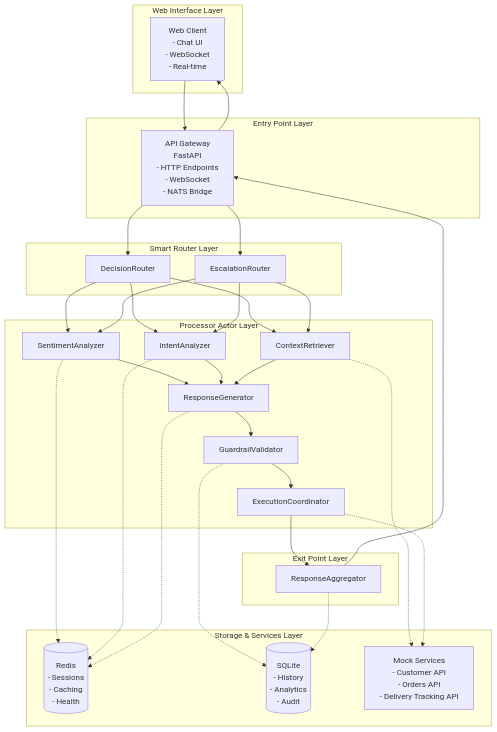
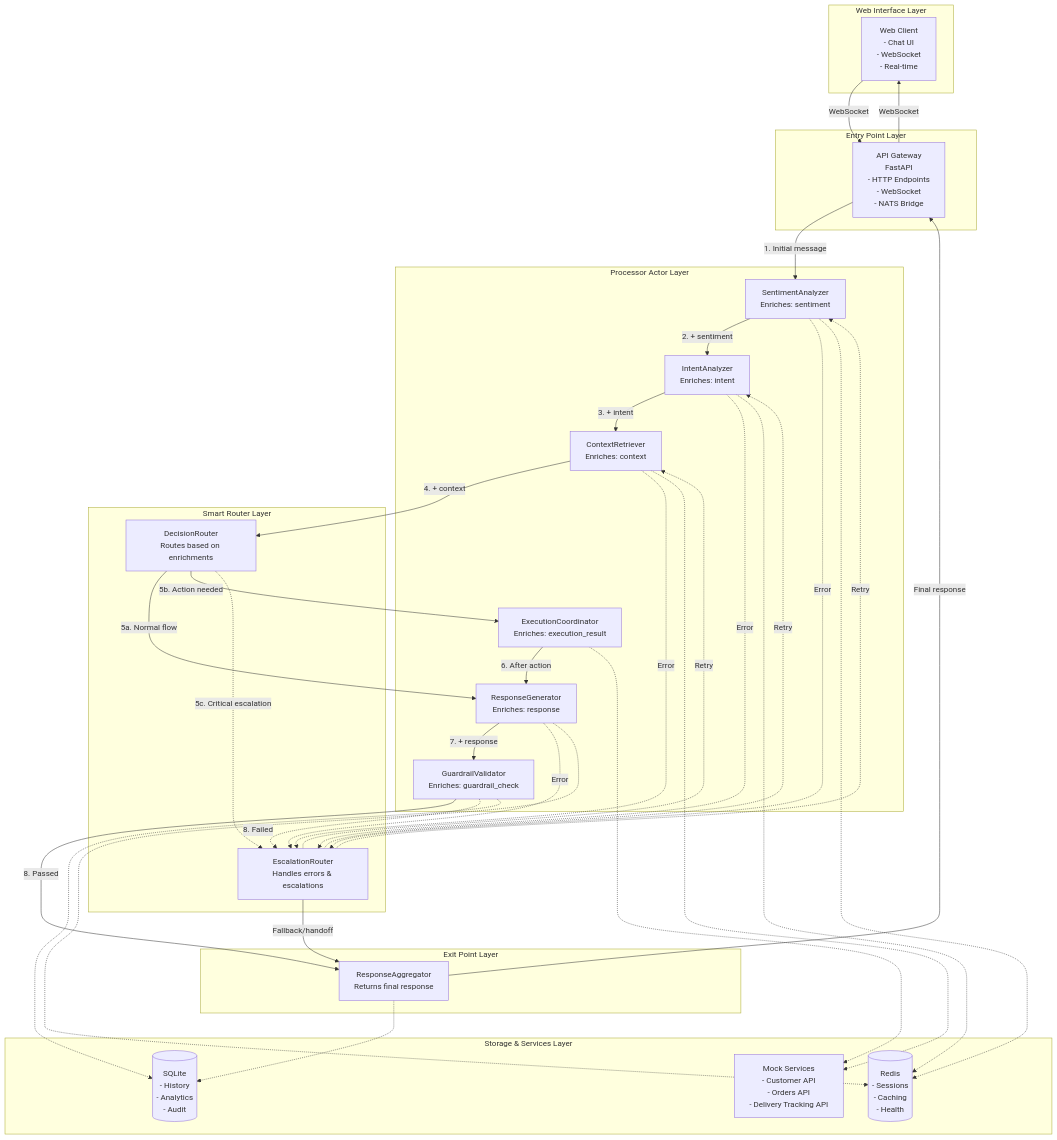
One commit to trustmaster/actor-mesh-demo changed the diagram in README.md. Above: the diagram before and after it, drawn with Mermaid. The commit also changed other lines of this file, not shown here.

Commit message:
Fix the flow in Readme

````diff
--- a/README.md
+++ b/README.md
@@ -21,60 +21,79 @@
 ```mermaid
 graph TB
     subgraph "Web Interface Layer"
         WebClient[Web Client<br/>- Chat UI<br/>- WebSocket<br/>- Real-time]
     end
 
     subgraph "Entry Point Layer"
         ApiGateway[API Gateway<br/>FastAPI<br/>- HTTP Endpoints<br/>- WebSocket<br/>- NATS Bridge]
     end
 
-    subgraph "Smart Router Layer"
-        DecisionRouter[DecisionRouter]
-        EscalationRouter[EscalationRouter]
+    subgraph "Processor Actor Layer"
+        SentimentAnalyzer[SentimentAnalyzer<br/>Enriches: sentiment]
+        IntentAnalyzer[IntentAnalyzer<br/>Enriches: intent]
+        ContextRetriever[ContextRetriever<br/>Enriches: context]
+        ResponseGenerator[ResponseGenerator<br/>Enriches: response]
+        GuardrailValidator[GuardrailValidator<br/>Enriches: guardrail_check]
+        ExecutionCoordinator[ExecutionCoordinator<br/>Enriches: execution_result]
     end
 
-    subgraph "Processor Actor Layer"
-        SentimentAnalyzer[SentimentAnalyzer]
-        IntentAnalyzer[IntentAnalyzer]
-        ContextRetriever[ContextRetriever]
-        ResponseGenerator[ResponseGenerator]
-        GuardrailValidator[GuardrailValidator]
-        ExecutionCoordinator[ExecutionCoordinator]
+    subgraph "Smart Router Layer"
+        DecisionRouter[DecisionRouter<br/>Routes based on enrichments]
+        EscalationRouter[EscalationRouter<br/>Handles errors & escalations]
     end
 
     subgraph "Exit Point Layer"
-        ResponseAggregator[ResponseAggregator]
+        ResponseAggregator[ResponseAggregator<br/>Returns final response]
     end
 
     subgraph "Storage & Services Layer"
         RedisCache[(Redis<br/>- Sessions<br/>- Caching<br/>- Health)]
         SqliteDb[(SQLite<br/>- History<br/>- Analytics<br/>- Audit)]
         MockServices[Mock Services<br/>- Customer API<br/>- Orders API<br/>- Delivery Tracking API]
     end
 
-    WebClient --> ApiGateway
-    ApiGateway --> DecisionRouter
-    ApiGateway --> EscalationRouter
-    DecisionRouter --> SentimentAnalyzer
-    DecisionRouter --> IntentAnalyzer
-    DecisionRouter --> ContextRetriever
-    EscalationRouter --> SentimentAnalyzer
-    EscalationRouter --> IntentAnalyzer
-    EscalationRouter --> ContextRetriever
-    SentimentAnalyzer --> ResponseGenerator
-    IntentAnalyzer --> ResponseGenerator
-    ContextRetriever --> ResponseGenerator
-    ResponseGenerator --> GuardrailValidator
-    GuardrailValidator --> ExecutionCoordinator
-    ExecutionCoordinator --> ResponseAggregator
-    ResponseAggregator --> ApiGateway
-    ApiGateway --> WebClient
+    %% Main processing flow (standard route)
+    WebClient -->|WebSocket| ApiGateway
+    ApiGateway -->|1. Initial message| SentimentAnalyzer
+    SentimentAnalyzer -->|2. + sentiment| IntentAnalyzer
+    IntentAnalyzer -->|3. + intent| ContextRetriever
+    ContextRetriever -->|4. + context| DecisionRouter
+    
+    %% Decision router routing options
+    DecisionRouter -->|5a. Normal flow| ResponseGenerator
+    DecisionRouter -->|5b. Action needed| ExecutionCoordinator
+    DecisionRouter -.->|5c. Critical escalation| EscalationRouter
+    
+    %% Execution coordinator path
+    ExecutionCoordinator -->|6. After action| ResponseGenerator
+    
+    %% Response generation path
+    ResponseGenerator -->|7. + response| GuardrailValidator
+    GuardrailValidator -->|8. Passed| ResponseAggregator
+    GuardrailValidator -.->|8. Failed| EscalationRouter
+    
+    %% Escalation router paths
+    EscalationRouter -->|Fallback/handoff| ResponseAggregator
+    EscalationRouter -.->|Retry| SentimentAnalyzer
+    EscalationRouter -.->|Retry| IntentAnalyzer
+    EscalationRouter -.->|Retry| ContextRetriever
+    
+    %% Error handling (any actor can error)
+    SentimentAnalyzer -.->|Error| EscalationRouter
+    IntentAnalyzer -.->|Error| EscalationRouter
+    ContextRetriever -.->|Error| EscalationRouter
+    ResponseGenerator -.->|Error| EscalationRouter
+    
+    %% Response back to client
+    ResponseAggregator -->|Final response| ApiGateway
+    ApiGateway -->|WebSocket| WebClient
 
+    %% Infrastructure connections
     SentimentAnalyzer -.-> RedisCache
     IntentAnalyzer -.-> RedisCache
     ContextRetriever -.-> MockServices
     ResponseGenerator -.-> RedisCache
     GuardrailValidator -.-> SqliteDb
     ExecutionCoordinator -.-> MockServices
     ResponseAggregator -.-> SqliteDb
 ```
````
